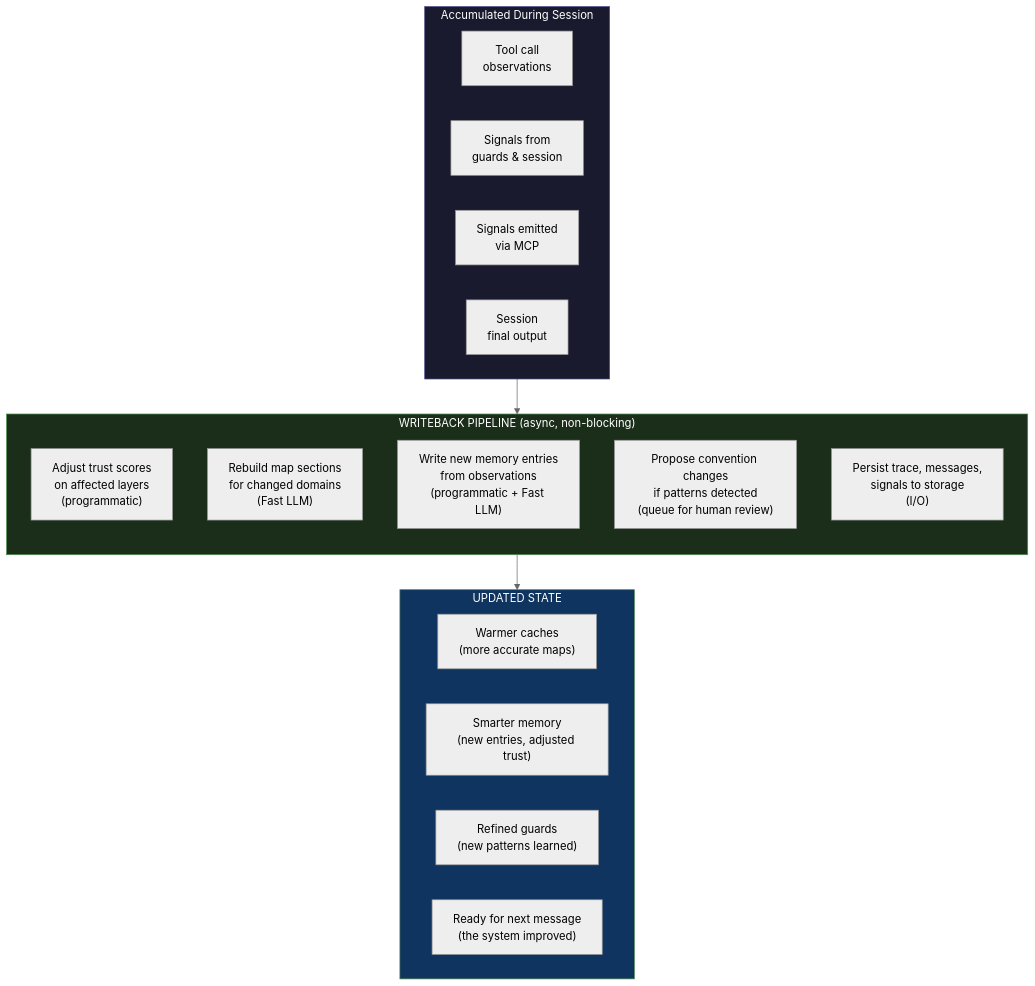
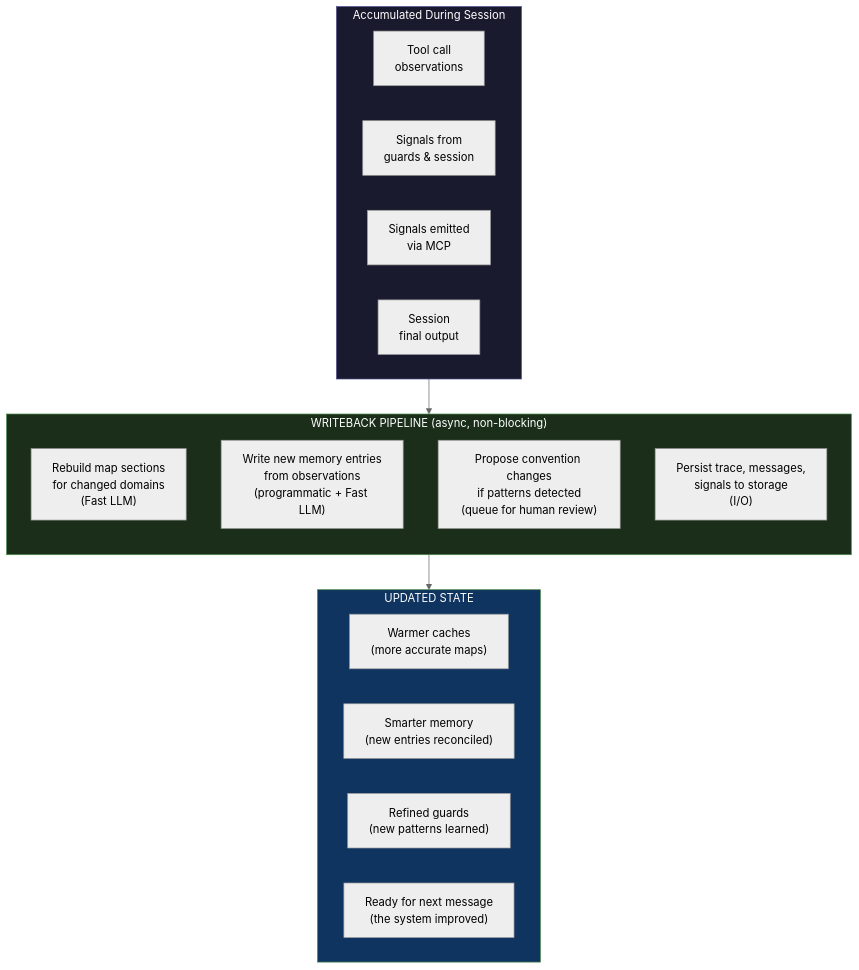
The sixth of 7 diagrams in docs/FLOW.md (inixiative/foundry), drawn with Mermaid (neutral theme) before and after one commit. The commit also changed other lines of this file and 10 other files, not shown here.

````diff
--- a/docs/FLOW.md
+++ b/docs/FLOW.md
@@ -629,35 +629,34 @@
 ```mermaid
 flowchart TB
     subgraph INPUTS ["Accumulated During Session"]
         direction LR
         OBS["Tool call\nobservations"]
         SIGS["Signals from\nguards & session"]
         MCP_SIGS["Signals emitted\nvia MCP"]
         RESULT["Session\nfinal output"]
     end
 
     subgraph WRITEBACK ["WRITEBACK PIPELINE (async, non-blocking)"]
         direction TB
 
-        TRUST["Adjust trust scores\non affected layers\n(programmatic)"]
         MAP_UP["Rebuild map sections\nfor changed domains\n(Fast LLM)"]
         MEM_WRITE["Write new memory entries\nfrom observations\n(programmatic + Fast LLM)"]
         CONV_PROP["Propose convention changes\nif patterns detected\n(queue for human review)"]
         PERSIST["Persist trace, messages,\nsignals to storage\n(I/O)"]
     end
 
     subgraph RESULT_STATE ["UPDATED STATE"]
         direction LR
         WARMER["Warmer caches\n(more accurate maps)"]
-        SMARTER["Smarter memory\n(new entries, adjusted trust)"]
+        SMARTER["Smarter memory\n(new entries reconciled)"]
         SAFER["Refined guards\n(new patterns learned)"]
         READY["Ready for next message\n(the system improved)"]
     end
 
     INPUTS --> WRITEBACK
     WRITEBACK --> RESULT_STATE
 
     style INPUTS fill:#1a1a2e,stroke:#4a4a8a,color:#fff
     style WRITEBACK fill:#1a2e1a,stroke:#4a8a4a,color:#fff
     style RESULT_STATE fill:#0f3460,stroke:#4a8a4a,color:#fff
 ```
````
